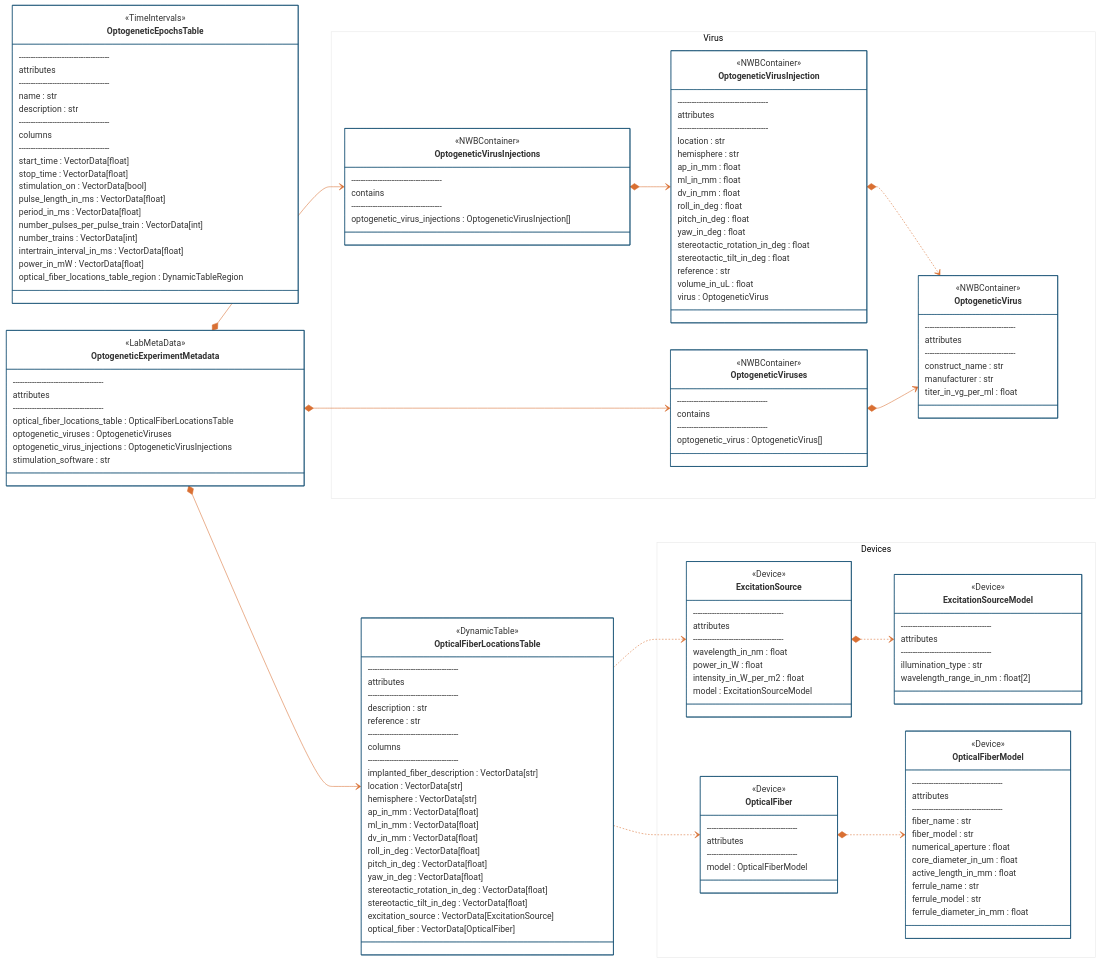
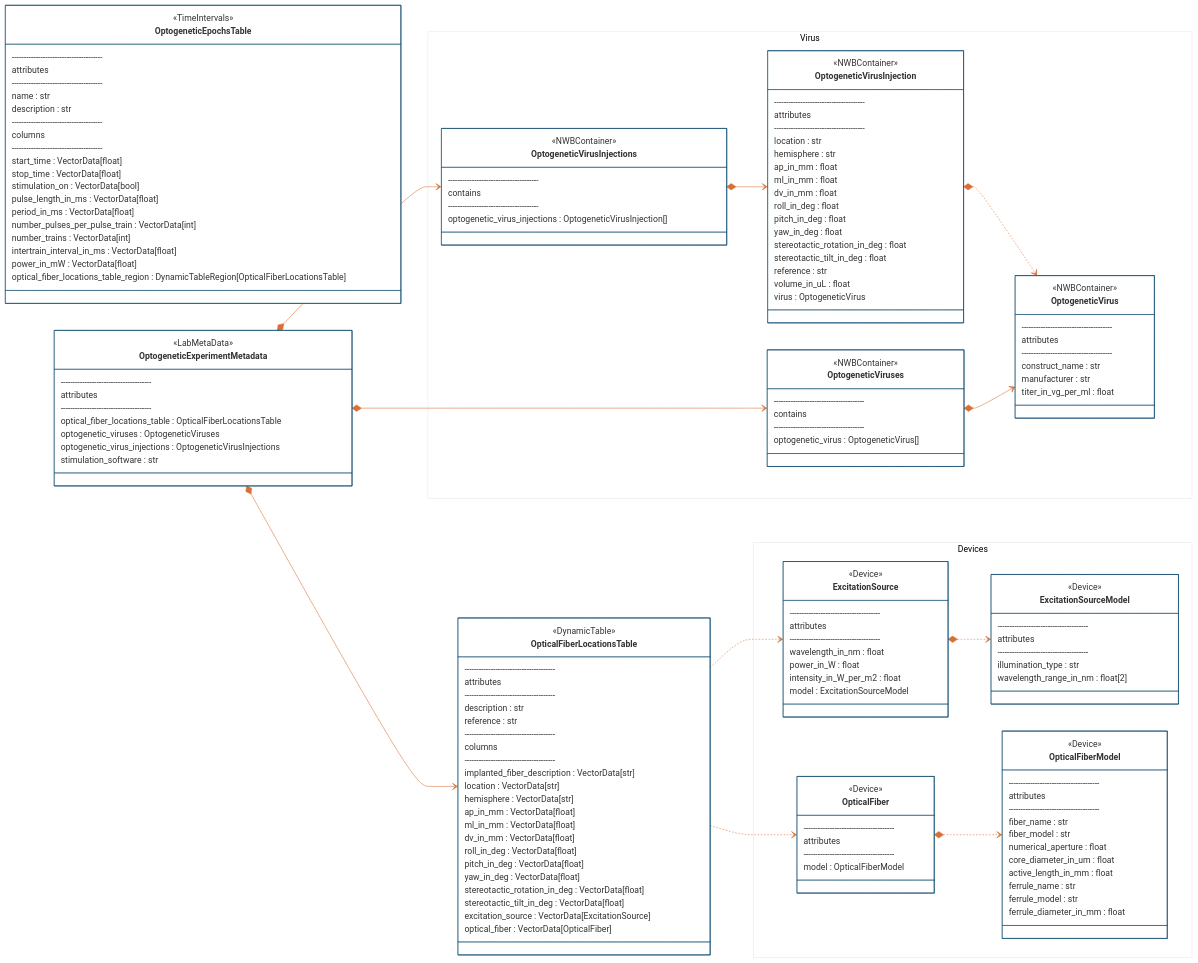
One commit to rly/ndx-optogenetics changed the diagram in README.md. Above: the diagram before and after it, drawn with Mermaid.

```diff
--- a/README.md
+++ b/README.md
@@ -113,7 +113,7 @@
         number_trains : VectorData[int]
         intertrain_interval_in_ms : VectorData[float]
         power_in_mW : VectorData[float]
-        optical_fiber_locations_table_region : DynamicTableRegion
+        optical_fiber_locations_table_region : DynamicTableRegion[OpticalFiberLocationsTable]
     }
 
     class OptogeneticExperimentMetadata {
```
